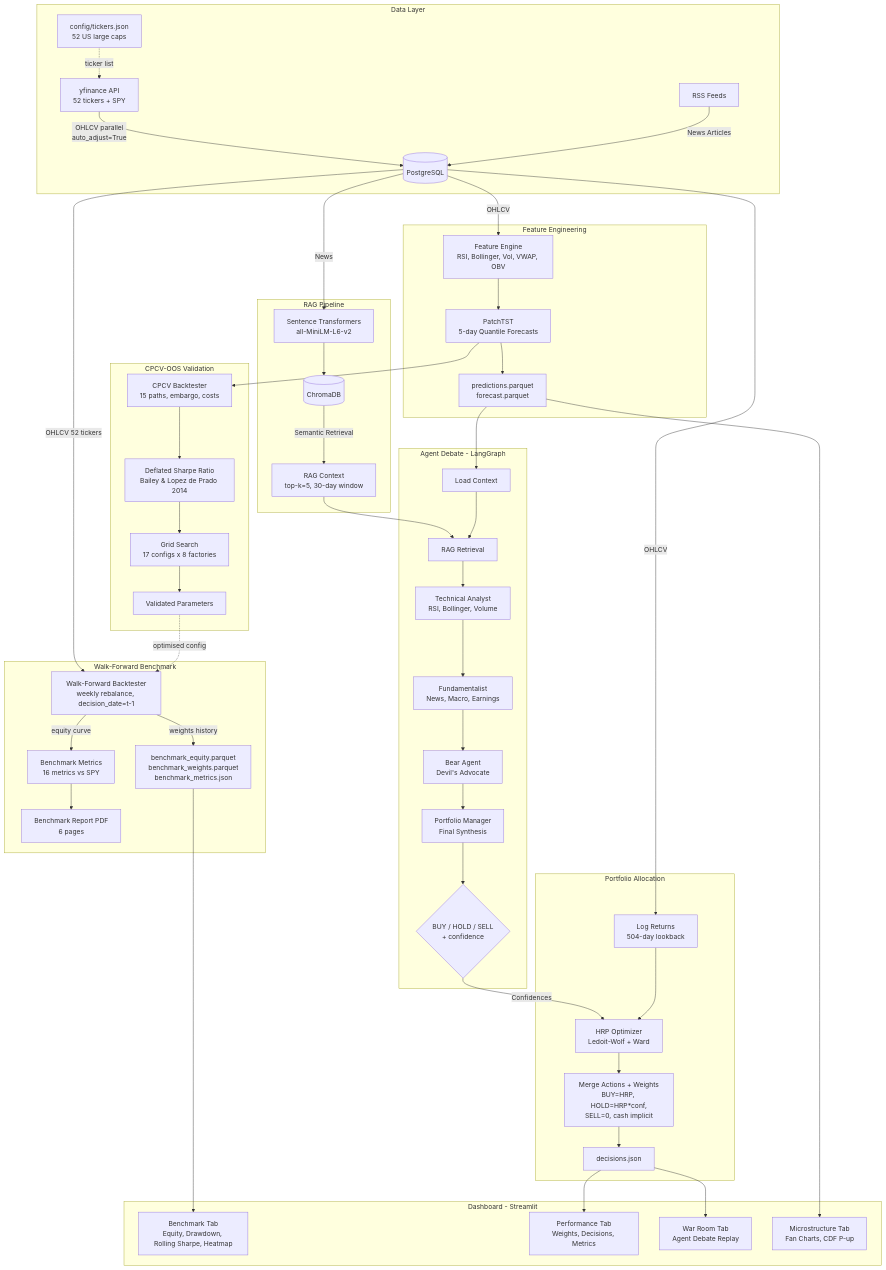
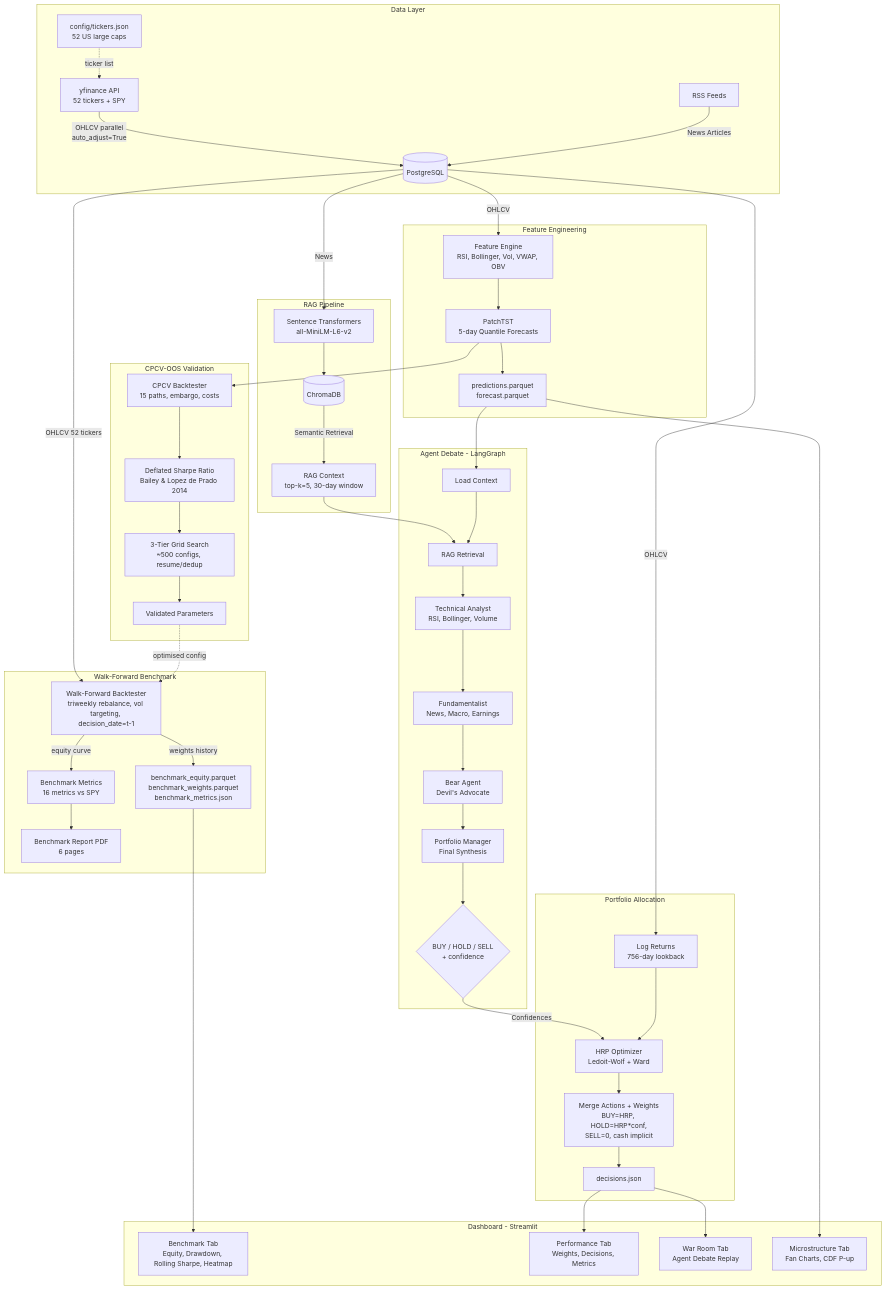
The diagram in README.md (cockles98/titanium-alpha), drawn with Mermaid before and after one commit. The commit also changed other lines of this file and 1105 other files, not shown here.

````diff
--- a/README.md
+++ b/README.md
@@ -52,61 +54,61 @@
 ```mermaid
 flowchart TB
     subgraph Data Layer
         YF[yfinance API<br/>52 tickers + SPY] -->|OHLCV parallel<br/>auto_adjust=True| PG[(PostgreSQL)]
         RSS[RSS Feeds] -->|News Articles| PG
         CFG[config/tickers.json<br/>52 US large caps] -.->|ticker list| YF
     end
 
     subgraph Feature Engineering
         PG -->|OHLCV| FE[Feature Engine<br/>RSI, Bollinger, Vol, VWAP, OBV]
         FE --> PTST[PatchTST<br/>5-day Quantile Forecasts]
         PTST --> PRED[predictions.parquet<br/>forecast.parquet]
     end
 
     subgraph RAG Pipeline
         PG -->|News| EMB[Sentence Transformers<br/>all-MiniLM-L6-v2]
         EMB --> CHROMA[(ChromaDB)]
         CHROMA -->|Semantic Retrieval| RAG[RAG Context<br/>top-k=5, 30-day window]
     end
 
     subgraph Agent Debate - LangGraph
         PRED --> LC[Load Context]
         RAG --> RR[RAG Retrieval]
         LC --> RR
         RR --> TA[Technical Analyst<br/>RSI, Bollinger, Volume]
         TA --> FA[Fundamentalist<br/>News, Macro, Earnings]
         FA --> BA[Bear Agent<br/>Devil's Advocate]
         BA --> PM[Portfolio Manager<br/>Final Synthesis]
         PM --> DEC{BUY / HOLD / SELL<br/>+ confidence}
     end
 
     subgraph Portfolio Allocation
-        PG -->|OHLCV| RET[Log Returns<br/>504-day lookback]
+        PG -->|OHLCV| RET[Log Returns<br/>756-day lookback]
         DEC -->|Confidences| HRP[HRP Optimizer<br/>Ledoit-Wolf + Ward]
         RET --> HRP
         HRP --> MERGE[Merge Actions + Weights<br/>BUY=HRP, HOLD=HRP*conf,<br/>SELL=0, cash implicit]
         MERGE --> JSON[decisions.json]
     end
 
     subgraph CPCV-OOS Validation
         PTST --> CPCV[CPCV Backtester<br/>15 paths, embargo, costs]
         CPCV --> DSR[Deflated Sharpe Ratio<br/>Bailey & Lopez de Prado 2014]
-        DSR --> GRID[Grid Search<br/>17 configs x 8 factories]
+        DSR --> GRID[3-Tier Grid Search<br/>~500 configs, resume/dedup]
         GRID --> VALID[Validated Parameters]
     end
 
     subgraph Walk-Forward Benchmark
-        PG -->|OHLCV 52 tickers| WF[Walk-Forward Backtester<br/>weekly rebalance, decision_date=t-1]
+        PG -->|OHLCV 52 tickers| WF[Walk-Forward Backtester<br/>triweekly rebalance, vol targeting, decision_date=t-1]
         VALID -.->|optimised config| WF
         WF -->|equity curve| BM[Benchmark Metrics<br/>16 metrics vs SPY]
         BM --> PDF2[Benchmark Report PDF<br/>6 pages]
         WF -->|weights history| PQT[benchmark_equity.parquet<br/>benchmark_weights.parquet<br/>benchmark_metrics.json]
     end
 
     subgraph Dashboard - Streamlit
         PQT --> TAB0[Benchmark Tab<br/>Equity, Drawdown, Rolling Sharpe, Heatmap]
         JSON --> TAB1[Performance Tab<br/>Weights, Decisions, Metrics]
         JSON --> TAB2[War Room Tab<br/>Agent Debate Replay]
         PRED --> TAB3[Microstructure Tab<br/>Fan Charts, CDF P-up]
     end
 ```
````
